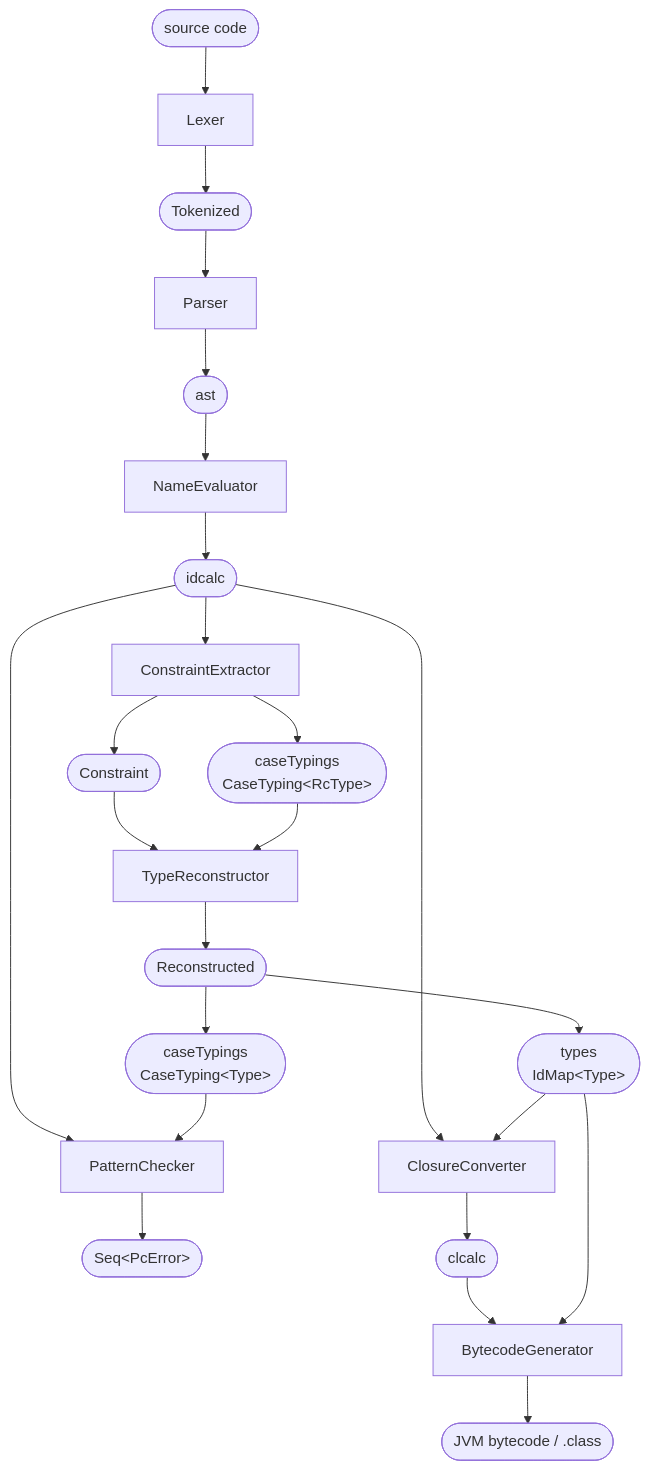
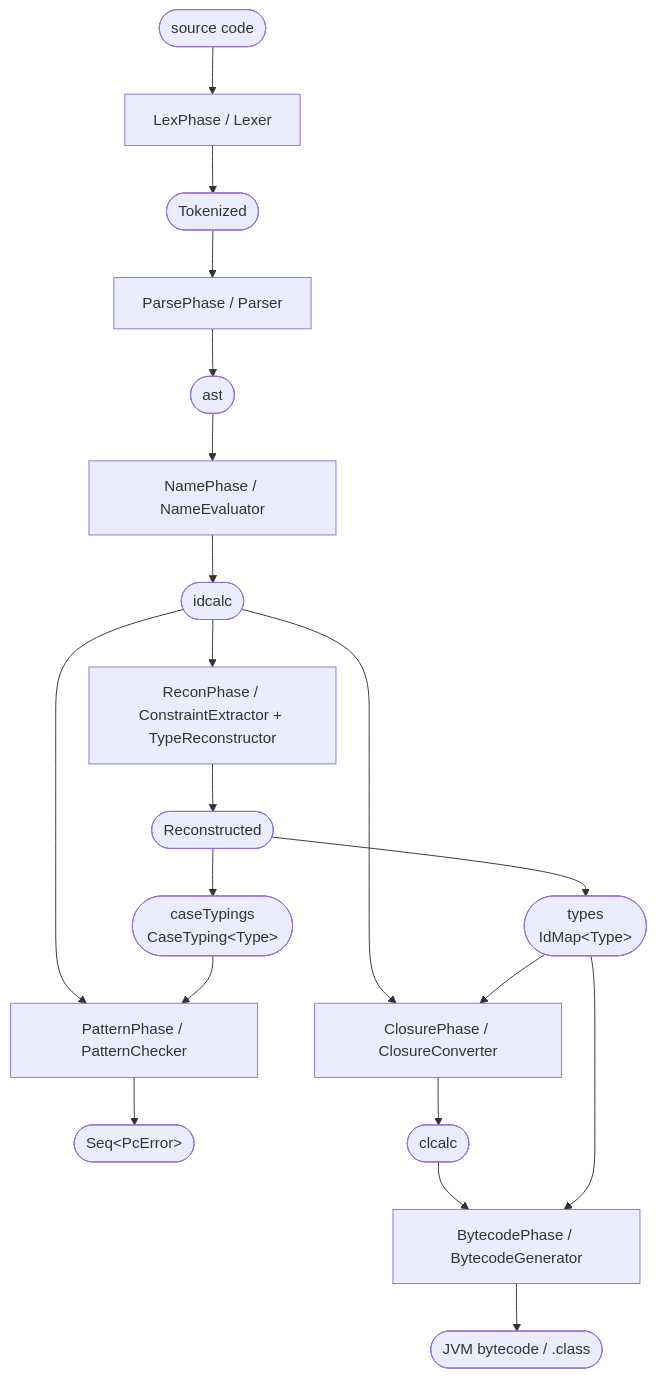
One commit to YuyaAizawa/zlk changed the diagram in ARCHITECTURE.md. Above: the diagram before and after it, drawn with Mermaid. The commit also changed 35 other files, not shown here.

````diff
--- a/ARCHITECTURE.md
+++ b/ARCHITECTURE.md
@@ -7,31 +7,26 @@
 ```mermaid
 flowchart TD
-    Source(["source code"]) --> Lexer["Lexer"]
-    Lexer --> Tokens(["Tokenized"])
-    Tokens --> Parser["Parser"]
-    Parser --> AST(["ast"])
-    AST --> NameEval["NameEvaluator"]
-    NameEval --> IC(["idcalc"])
+    Source(["source code"]) --> LexPhase["LexPhase / Lexer"]
+    LexPhase --> Tokens(["Tokenized"])
+    Tokens --> ParsePhase["ParsePhase / Parser"]
+    ParsePhase --> AST(["ast"])
+    AST --> NamePhase["NamePhase / NameEvaluator"]
+    NamePhase --> IC(["idcalc"])
 
-    IC --> Extract["ConstraintExtractor"]
-    Extract --> Constraint(["Constraint"])
-    Extract --> RcCaseTypings(["caseTypings<br/>CaseTyping&lt;RcType&gt;"])
-
-    Constraint --> Recon["TypeReconstructor"]
-    RcCaseTypings --> Recon
-    Recon --> Reconstruction(["Reconstructed"])
+    IC --> ReconPhase["ReconPhase / ConstraintExtractor + TypeReconstructor"]
+    ReconPhase --> Reconstruction(["Reconstructed"])
     Reconstruction --> Types(["types<br/>IdMap&lt;Type&gt;"])
     Reconstruction --> CaseTypings(["caseTypings<br/>CaseTyping&lt;Type&gt;"])
 
-    IC --> PatternCheck["PatternChecker"]
-    CaseTypings --> PatternCheck
-    PatternCheck --> PcErrors(["Seq&lt;PcError&gt;"])
+    IC --> PatternPhase["PatternPhase / PatternChecker"]
+    CaseTypings --> PatternPhase
+    PatternPhase --> PcErrors(["Seq&lt;PcError&gt;"])
 
-    IC --> Clconv["ClosureConverter"]
-    Types --> Clconv
-    Clconv --> CC(["clcalc"])
+    IC --> ClosurePhase["ClosurePhase / ClosureConverter"]
+    Types --> ClosurePhase
+    ClosurePhase --> CC(["clcalc"])
 
-    CC --> BytecodeGen["BytecodeGenerator"]
-    Types --> BytecodeGen
-    BytecodeGen --> Class(["JVM bytecode / .class"])
+    CC --> BytecodePhase["BytecodePhase / BytecodeGenerator"]
+    Types --> BytecodePhase
+    BytecodePhase --> Class(["JVM bytecode / .class"])
 ```
````
